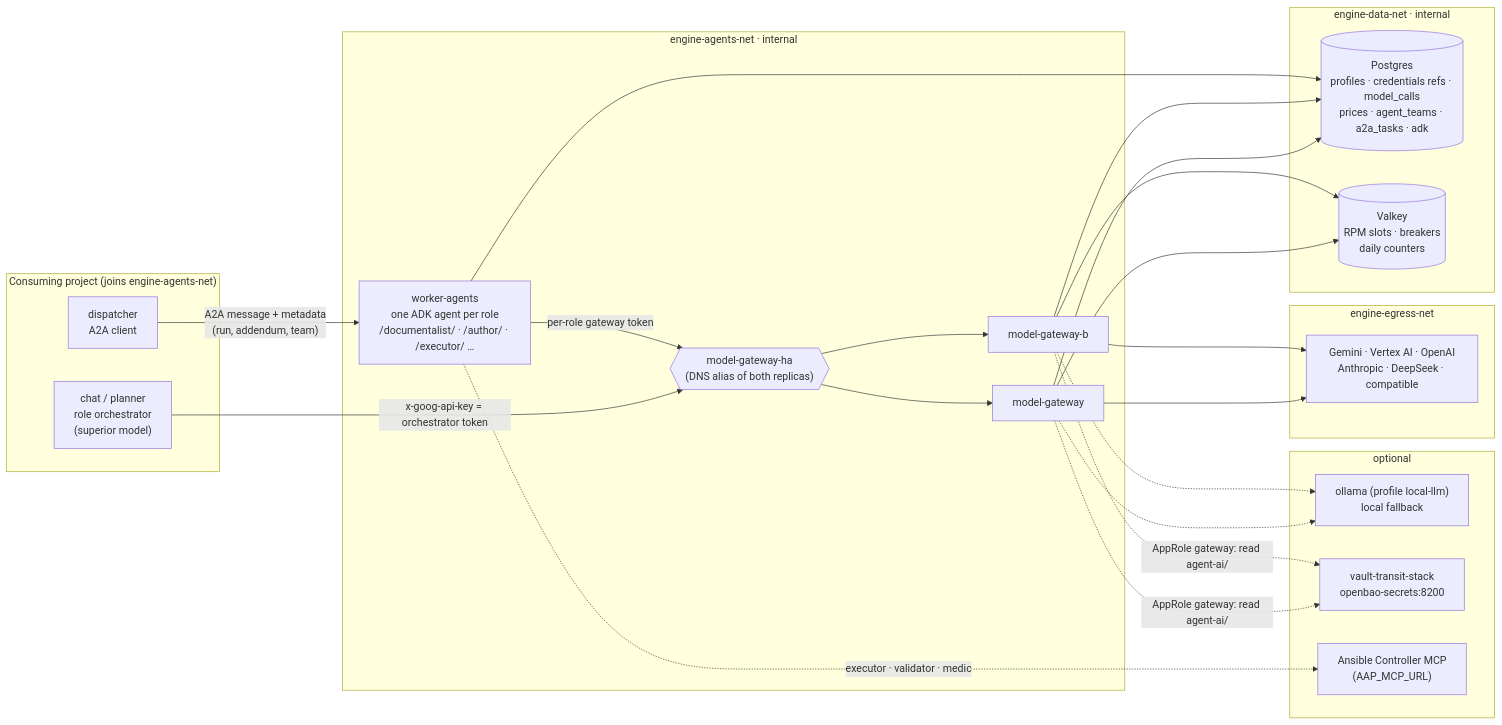
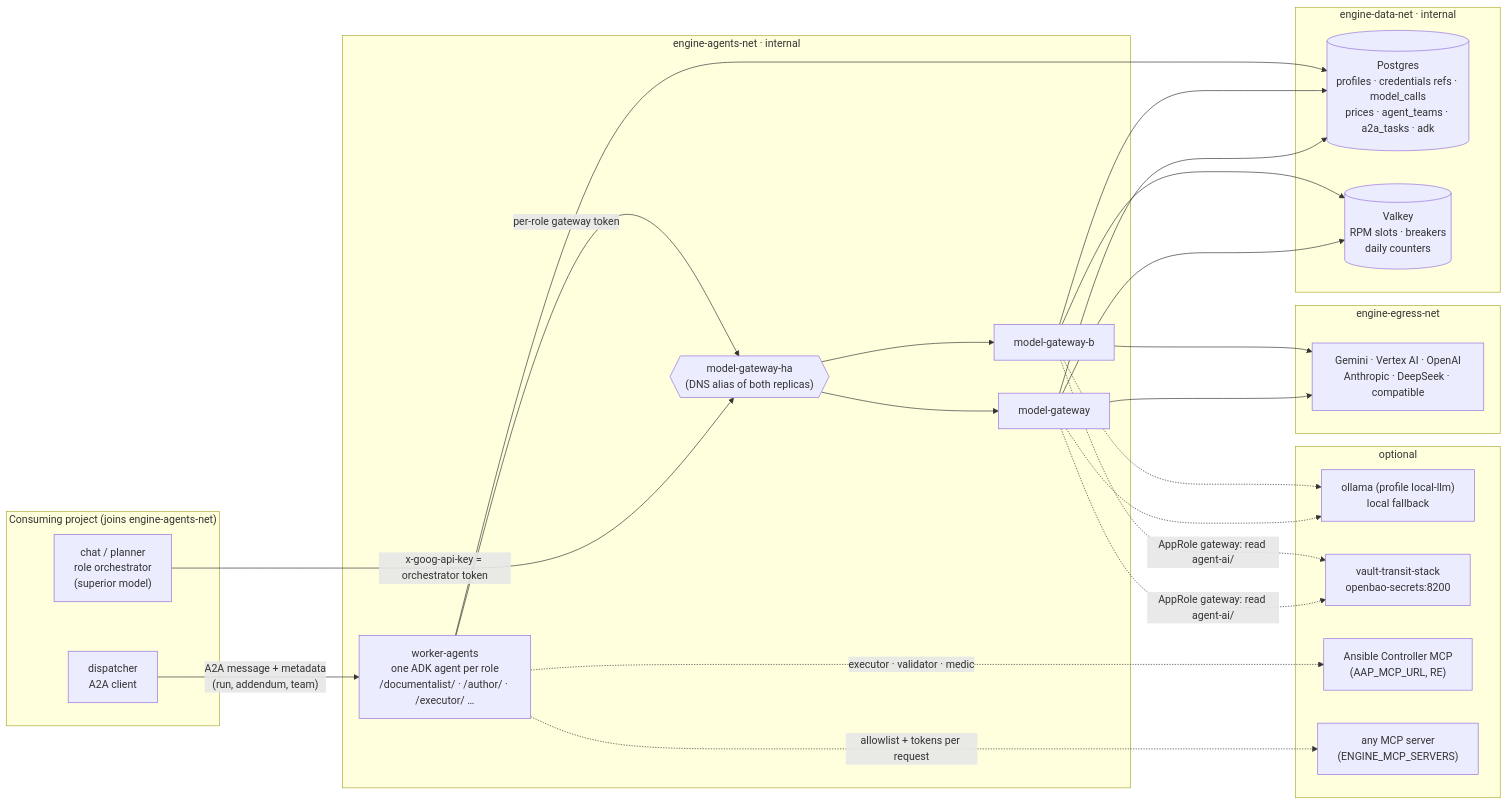
Before and after one commit to ancrz/sdk-agent-pipeline: the first of 4 diagrams in README.md, drawn with Mermaid. The commit also changed other lines of this file and 10 other files, not shown here.

First line of the commit message:
feat(workers): connect any MCP server by declaration; MCP blueprint and reference server

````diff
--- a/README.md
+++ b/README.md
@@ -21,41 +38,43 @@
 ```mermaid
 flowchart LR
     subgraph CONSUMER["Consuming project (joins engine-agents-net)"]
         CHAT["chat / planner<br/>role orchestrator<br/>(superior model)"]
         DISP["dispatcher<br/>A2A client"]
     end
 
     subgraph AGENTS["engine-agents-net · internal"]
         HA{{"model-gateway-ha<br/>(DNS alias of both replicas)"}}
         GA["model-gateway"]
         GB["model-gateway-b"]
         W["worker-agents<br/>one ADK agent per role<br/>/documentalist/ · /author/ · /executor/ …"]
     end
 
     subgraph DATA["engine-data-net · internal"]
         PG[("Postgres<br/>profiles · credentials refs · model_calls<br/>prices · agent_teams · a2a_tasks · adk")]
         VK[("Valkey<br/>RPM slots · breakers<br/>daily counters")]
     end
 
     subgraph EGRESS["engine-egress-net"]
         PROV["Gemini · Vertex AI · OpenAI<br/>Anthropic · DeepSeek · compatible"]
     end
 
     subgraph OPT["optional"]
         OL["ollama (profile local-llm)<br/>local fallback"]
         BAO["vault-transit-stack<br/>openbao-secrets:8200"]
-        AAP["Ansible Controller MCP<br/>(AAP_MCP_URL)"]
+        AAP["Ansible Controller MCP<br/>(AAP_MCP_URL, RE)"]
+        MCP["any MCP server<br/>(ENGINE_MCP_SERVERS)"]
     end
 
     CHAT -- "x-goog-api-key = orchestrator token" --> HA
     DISP -- "A2A message + metadata<br/>(run, addendum, team)" --> W
     W -- "per-role gateway token" --> HA
     HA --> GA & GB
     GA & GB --> PG
     GA & GB --> VK
     GA & GB --> PROV
     GA & GB -.-> OL
     GA & GB -. "AppRole gateway: read agent-ai/" .-> BAO
     W --> PG
     W -. "executor · validator · medic" .-> AAP
+    W -. "allowlist + tokens per request" .-> MCP
 ```
````
